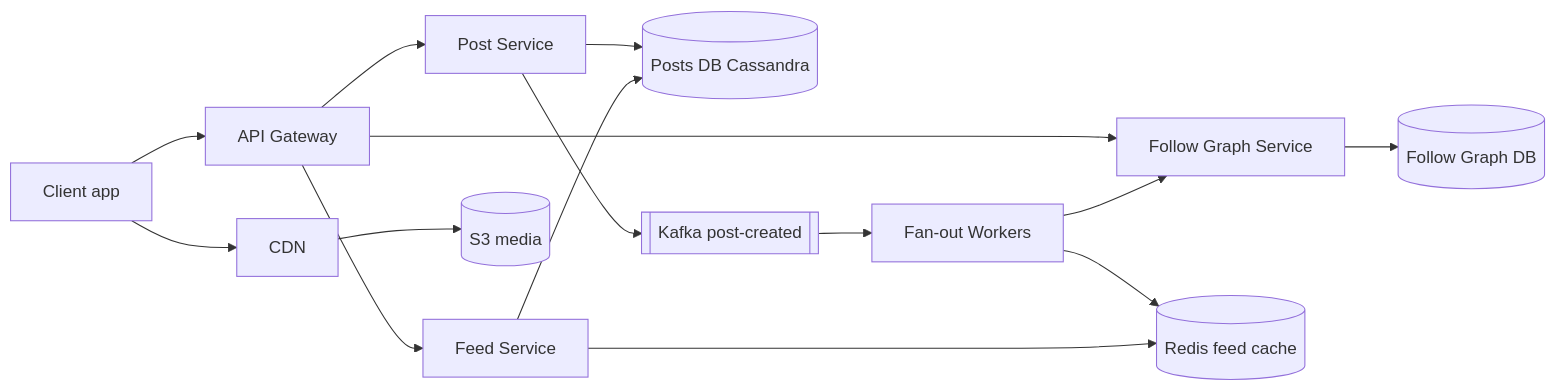
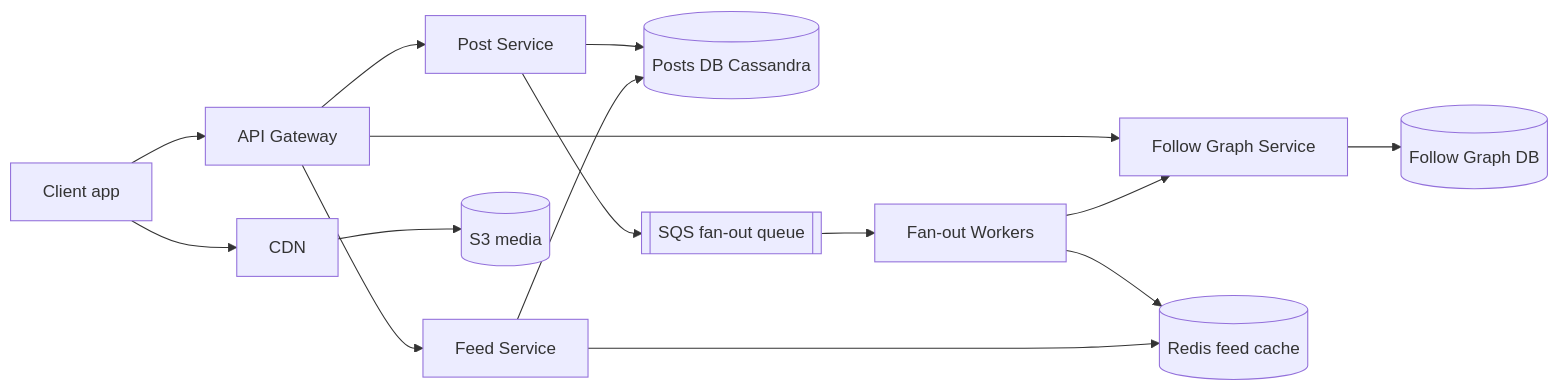
One commit to flow6979/system-design-prep changed the first of 3 diagrams in content/02-questions/t1-03-news-feed.md. Above: the diagram before and after it, drawn with Mermaid. The commit also changed other lines of this file and 61 other files, not shown here.

````diff
--- a/content/02-questions/t1-03-news-feed.md
+++ b/content/02-questions/t1-03-news-feed.md
@@ -80,17 +86,17 @@
 ```mermaid
 flowchart LR
   C["Client app"] --> G["API Gateway"]
   G --> PS["Post Service"]
   G --> FS["Feed Service"]
   G --> GS["Follow Graph Service"]
   PS --> PDB[("Posts DB Cassandra")]
-  PS --> K[["Kafka post-created"]]
-  K --> FO["Fan-out Workers"]
+  PS --> Q[["SQS fan-out queue"]]
+  Q --> FO["Fan-out Workers"]
   FO --> GS
   GS --> GDB[("Follow Graph DB")]
   FO --> FC[("Redis feed cache")]
   FS --> FC
   FS --> PDB
   C --> CDN["CDN"]
   CDN --> S3[("S3 media")]
 ```
````
